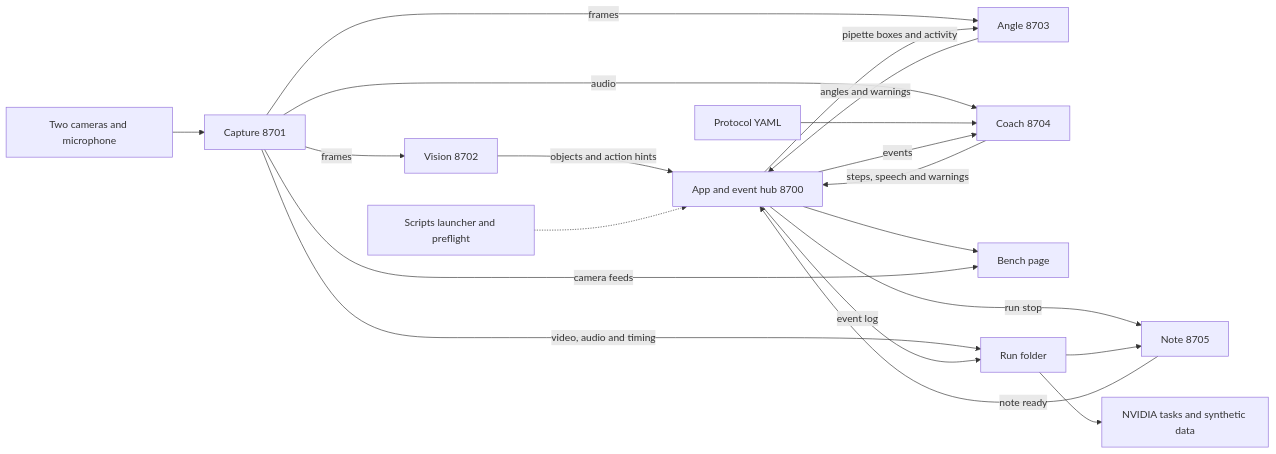
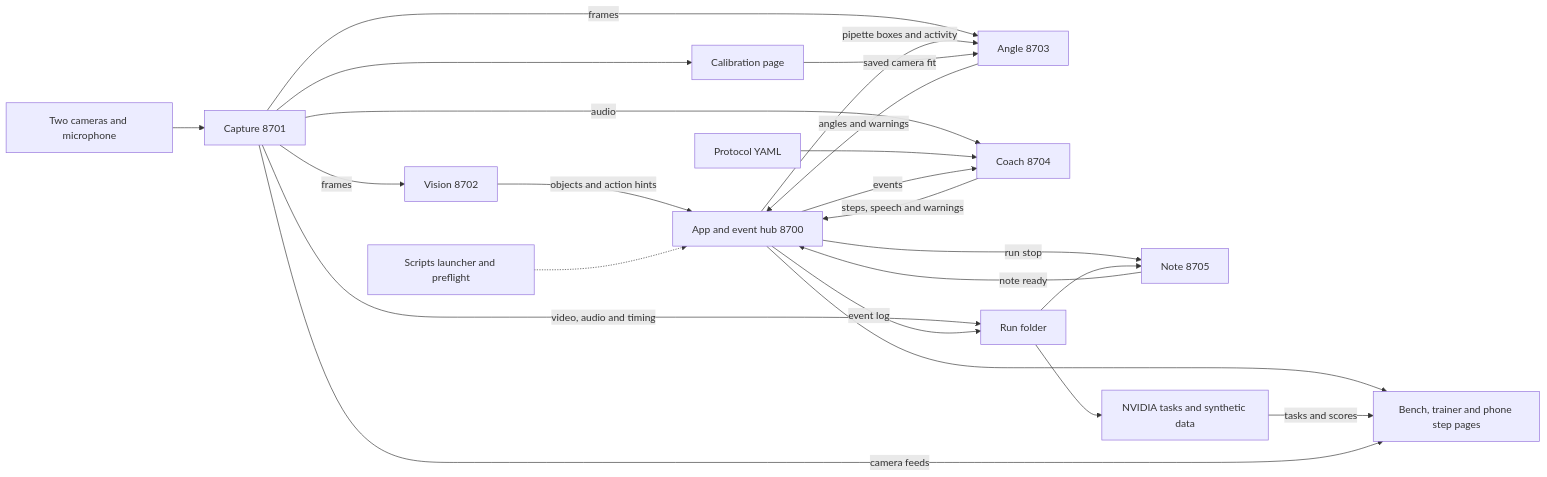
One commit to rohitsudhakar1/bench-coach changed the diagram in README.md. Above: the diagram before and after it, drawn with Mermaid. The commit also changed other lines of this file and 1 other file, not shown here.

First line of the commit message:
Update the README for the trainer view, phone view, calibration page, NVIDIA tasks on the page and the protocol library

````diff
--- a/README.md
+++ b/README.md
@@ -9,22 +9,25 @@
 ```mermaid
 flowchart LR
     Inputs[Two cameras and microphone] --> Capture[Capture 8701]
     Capture -->|frames| Vision[Vision 8702]
     Capture -->|frames| Angle[Angle 8703]
     Capture -->|audio| Coach[Coach 8704]
     Vision -->|objects and action hints| Hub[App and event hub 8700]
     Hub -->|pipette boxes and activity| Angle
     Angle -->|angles and warnings| Hub
     Protocol[Protocol YAML] --> Coach
     Hub -->|events| Coach
     Coach -->|steps, speech and warnings| Hub
     Hub -->|run stop| Note[Note 8705]
     Note -->|note ready| Hub
-    Hub --> Page[Bench page]
+    Hub --> Page[Bench, trainer and phone step pages]
+    Capture --> Calibration[Calibration page]
+    Calibration -->|saved camera fit| Angle
+    Nvidia -->|tasks and scores| Page
     Capture -->|camera feeds| Page
     Capture -->|video, audio and timing| Run[Run folder]
     Hub -->|event log| Run
     Run --> Note
     Run --> Nvidia[NVIDIA tasks and synthetic data]
     Launcher[Scripts launcher and preflight] -.-> Hub
 ```
````
